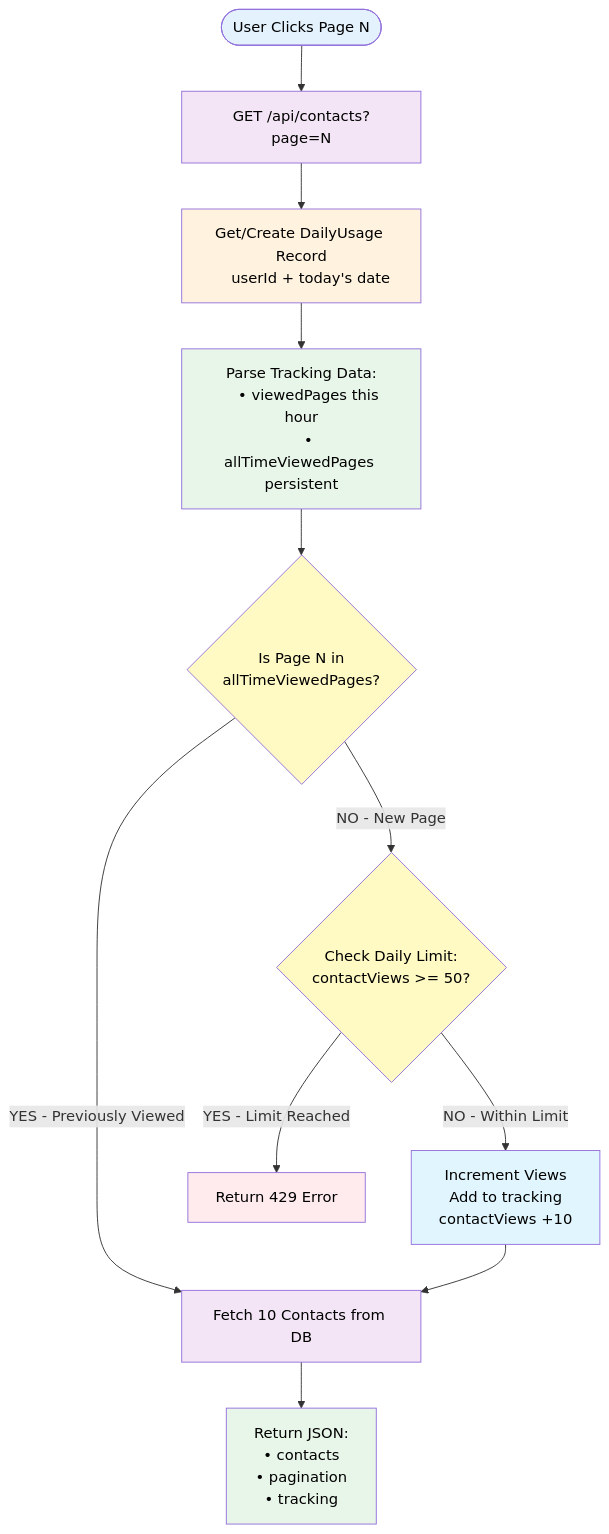
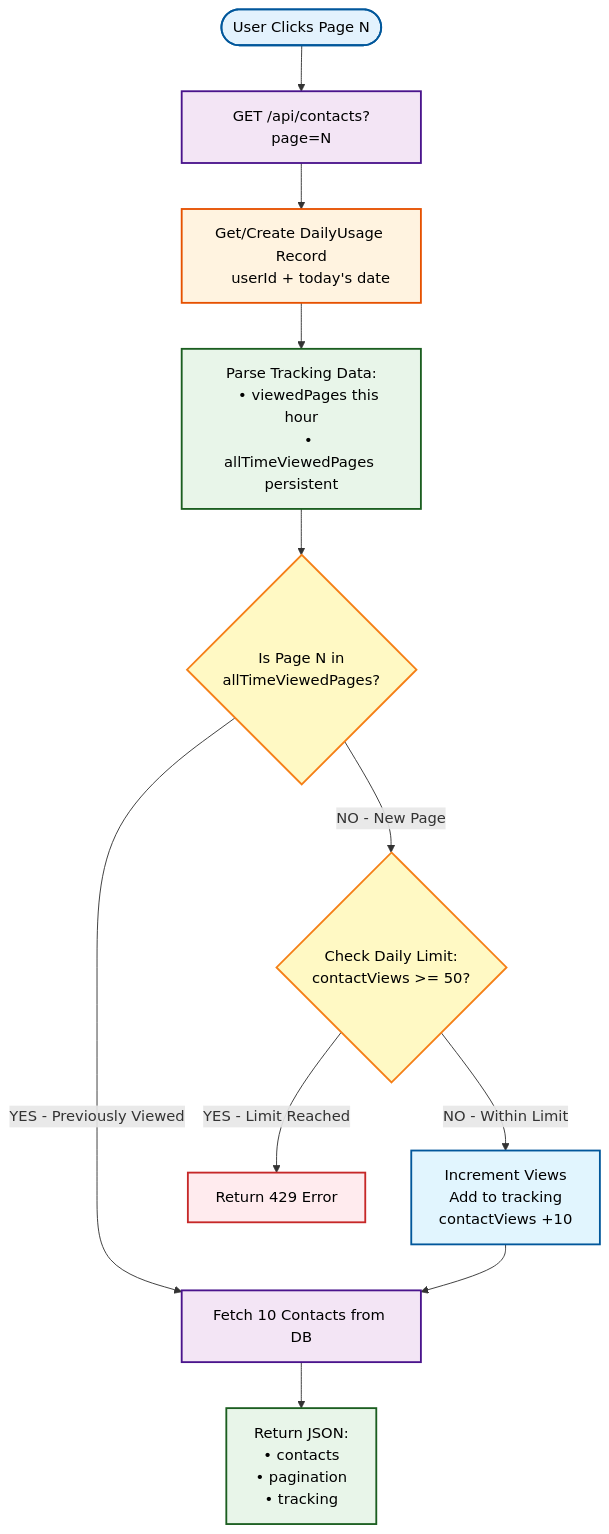
The third of 5 diagrams in Documentation.md (ism417/agency-dashboard), drawn with Mermaid before and after one commit. The commit also changed other lines of this file, not shown here.

````diff
--- a/Documentation.md
+++ b/Documentation.md
@@ -128,37 +129,37 @@
 ```mermaid
 flowchart TD
     Start([User Clicks Page N]) --> API[GET /api/contacts?page=N]
     API --> GetUsage["Get/Create DailyUsage Record
     userId + today's date"]
     GetUsage --> Parse["Parse Tracking Data:
     • viewedPages this hour
     • allTimeViewedPages persistent"]
     Parse --> CheckPage{"Is Page N in
     allTimeViewedPages?"}
     
     CheckPage -->|YES - Previously Viewed| Fetch[Fetch 10 Contacts from DB]
     CheckPage -->|NO - New Page| CheckLimit{"Check Daily Limit:
     contactViews >= 50?"}
     
     CheckLimit -->|YES - Limit Reached| Error429[Return 429 Error]
     CheckLimit -->|NO - Within Limit| Update["Increment Views
     Add to tracking
     contactViews +10"]
     
     Update --> Fetch
     Fetch --> Return["Return JSON:
     • contacts
     • pagination
     • tracking"]
     
-    style Start fill:#e3f2fd,color:#000
-    style API fill:#f3e5f5,color:#000
-    style GetUsage fill:#fff3e0,color:#000
-    style Parse fill:#e8f5e9,color:#000
-    style CheckPage fill:#fff9c4,color:#000
-    style CheckLimit fill:#fff9c4,color:#000
-    style Error429 fill:#ffebee,color:#000
-    style Update fill:#e1f5fe,color:#000
-    style Fetch fill:#f3e5f5,color:#000
-    style Return fill:#e8f5e9,color:#000
+    style Start fill:#e3f2fd,stroke:#01579b,stroke-width:2px,color:#000
+    style API fill:#f3e5f5,stroke:#4a148c,stroke-width:2px,color:#000
+    style GetUsage fill:#fff3e0,stroke:#e65100,stroke-width:2px,color:#000
+    style Parse fill:#e8f5e9,stroke:#1b5e20,stroke-width:2px,color:#000
+    style CheckPage fill:#fff9c4,stroke:#f57f17,stroke-width:2px,color:#000
+    style CheckLimit fill:#fff9c4,stroke:#f57f17,stroke-width:2px,color:#000
+    style Error429 fill:#ffebee,stroke:#c62828,stroke-width:2px,color:#000
+    style Update fill:#e1f5fe,stroke:#01579b,stroke-width:2px,color:#000
+    style Fetch fill:#f3e5f5,stroke:#4a148c,stroke-width:2px,color:#000
+    style Return fill:#e8f5e9,stroke:#1b5e20,stroke-width:2px,color:#000
 ```
````
